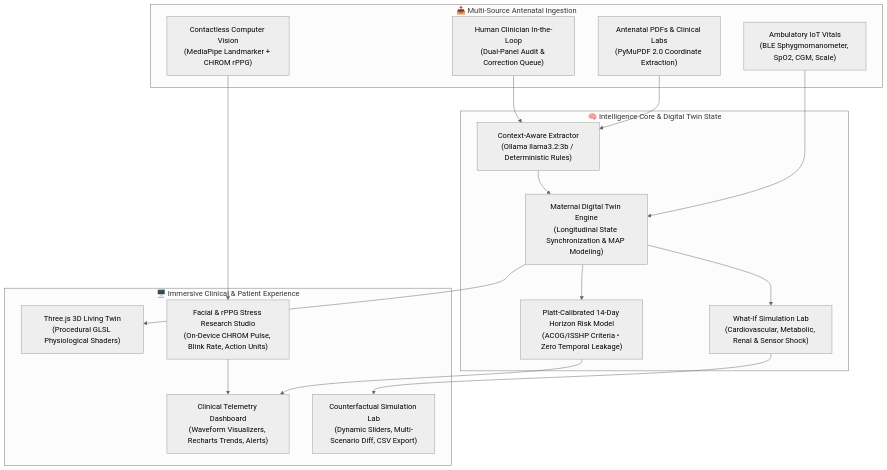
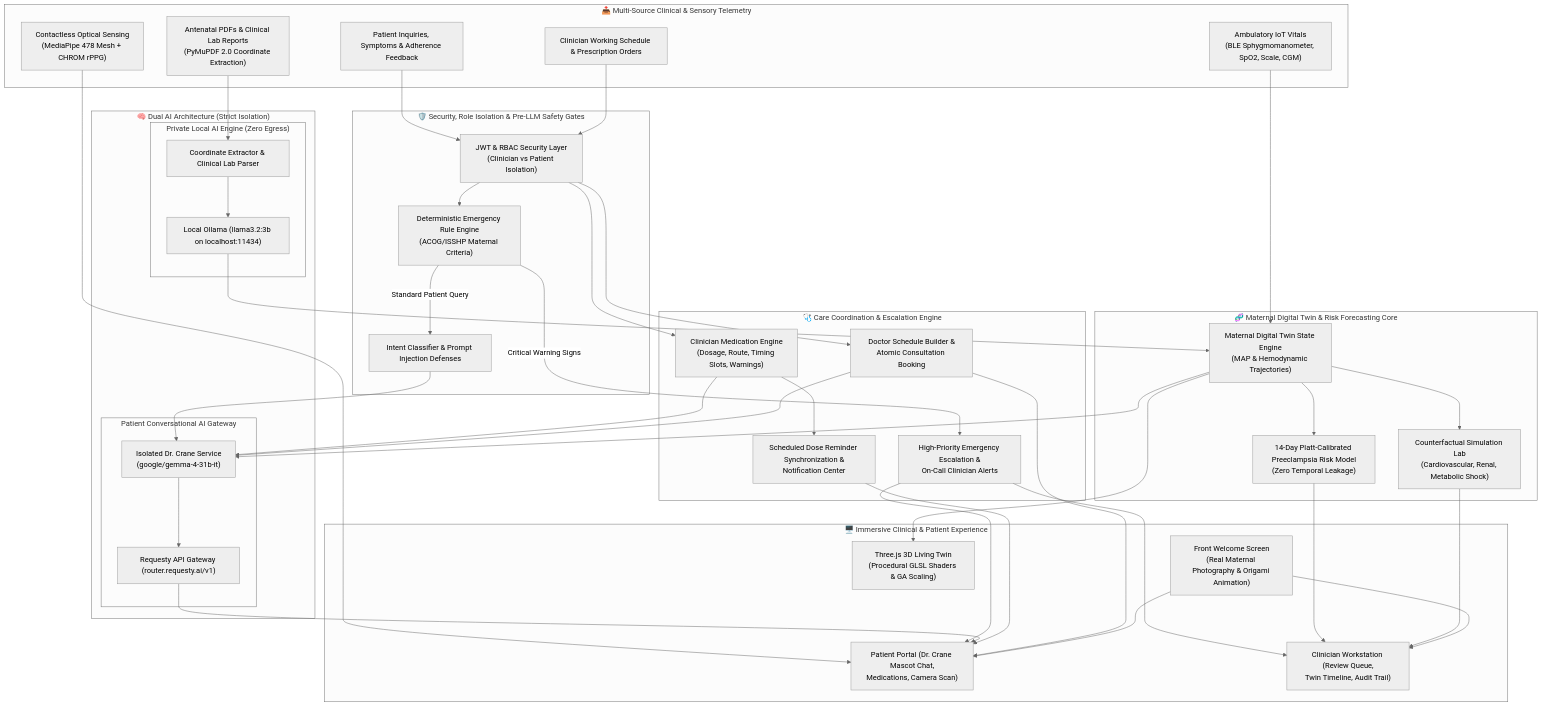
Before and after one commit to vatsalpro/health-twin: the diagram in README.md, drawn with Mermaid (neutral theme). The commit also changed other lines of this file and 2 other files, not shown here.

Commit message:
docs: update system architecture diagram and comprehensive demonstration data documentation

````diff
--- a/README.md
+++ b/README.md
@@ -46,35 +46,81 @@
 ```mermaid
 flowchart TD
-    subgraph INGESTION ["📥 Multi-Source Antenatal Ingestion"]
-        PDF["Antenatal PDFs & Clinical Labs\n(PyMuPDF 2.0 Coordinate Extraction)"]
-        IOT["Ambulatory IoT Vitals\n(BLE Sphygmomanometer, SpO2, CGM, Scale)"]
-        VISION["Contactless Computer Vision\n(MediaPipe Landmarker + CHROM rPPG)"]
-        CLIN["Human Clinician In-the-Loop\n(Dual-Panel Audit & Correction Queue)"]
+    subgraph INGESTION ["📥 Multi-Source Clinical & Sensory Telemetry"]
+        PDF["Antenatal PDFs & Clinical Lab Reports\n(PyMuPDF 2.0 Coordinate Extraction)"]
+        IOT["Ambulatory IoT Vitals\n(BLE Sphygmomanometer, SpO2, Scale, CGM)"]
+        VISION["Contactless Optical Sensing\n(MediaPipe 478 Mesh + CHROM rPPG)"]
+        PATIENT_MSG["Patient Inquiries, Symptoms & Adherence Feedback"]
+        CLIN_INPUT["Clinician Working Schedule & Prescription Orders"]
     end
 
-    subgraph ENGINE ["🧠 Intelligence Core & Digital Twin State"]
-        EXTRACT["Context-Aware Extractor\n(Ollama llama3.2:3b / Deterministic Rules)"]
-        TWIN["Maternal Digital Twin Engine\n(Longitudinal State Synchronization & MAP Modeling)"]
-        RISK["Platt-Calibrated 14-Day Horizon Risk Model\n(ACOG/ISSHP Criteria • Zero Temporal Leakage)"]
-        SIM["What-If Simulation Lab\n(Cardiovascular, Metabolic, Renal & Sensor Shock)"]
+    subgraph GATEWAY ["🛡️ Security, Role Isolation & Pre-LLM Safety Gates"]
+        RBAC["JWT & RBAC Security Layer\n(Clinician vs Patient Isolation)"]
+        EMERGENCY_GATE["Deterministic Emergency Rule Engine\n(ACOG/ISSHP Maternal Criteria)"]
+        INTENT_GATE["Intent Classifier & Prompt Injection Defenses"]
     end
 
-    subgraph PRESENTATION ["🖥️ Immersive Clinical & Patient Experience"]
-        WEBGL["Three.js 3D Living Twin\n(Procedural GLSL Physiological Shaders)"]
-        DASH["Clinical Telemetry Dashboard\n(Waveform Visualizers, Recharts Trends, Alerts)"]
-        LAB["Counterfactual Simulation Lab\n(Dynamic Sliders, Multi-Scenario Diff, CSV Export)"]
-        CAMERA["Facial & rPPG Stress Research Studio\n(On-Device CHROM Pulse, Blink Rate, Action Units)"]
+    subgraph DUAL_AI ["🧠 Dual AI Architecture (Strict Isolation)"]
+        subgraph OLLAMA_BOX ["Private Local AI Engine (Zero Egress)"]
+            OLLAMA["Local Ollama (llama3.2:3b on localhost:11434)"]
+            EXTRACTOR["Coordinate Extractor & Clinical Lab Parser"]
+        end
+        subgraph REQUESTY_BOX ["Patient Conversational AI Gateway"]
+            REQUESTY["Requesty API Gateway (router.requesty.ai/v1)"]
+            CRANE_CLIENT["Isolated Dr. Crane Service\n(google/gemma-4-31b-it)"]
+        end
     end
 
-    PDF --> EXTRACT
-    IOT --> TWIN
-    VISION --> CAMERA
-    CLIN --> EXTRACT
-    EXTRACT --> TWIN
-    TWIN --> RISK
-    TWIN --> SIM
-    TWIN --> WEBGL
-    RISK --> DASH
-    SIM --> LAB
-    CAMERA --> DASH
+    subgraph TWIN_CORE ["🧬 Maternal Digital Twin & Risk Forecasting Core"]
+        TWIN_STATE["Maternal Digital Twin State Engine\n(MAP & Hemodynamic Trajectories)"]
+        RISK_MODEL["14-Day Platt-Calibrated Preeclampsia Risk Model\n(Zero Temporal Leakage)"]
+        SIM_LAB["Counterfactual Simulation Lab\n(Cardiovascular, Renal, Metabolic Shock)"]
+    end
+
+    subgraph CLINICAL_COORDINATION ["🩺 Care Coordination & Escalation Engine"]
+        MED_ENGINE["Clinician Medication Engine\n(Dosage, Route, Timing Slots, Warnings)"]
+        SCHEDULE_ENGINE["Doctor Schedule Builder &\nAtomic Consultation Booking"]
+        ALERT_DISPATCH["High-Priority Emergency Escalation &\nOn-Call Clinician Alerts"]
+        DOSE_SYNC["Scheduled Dose Reminder Synchronization &\nNotification Center"]
+    end
+
+    subgraph EXPERIENCE ["🖥️ Immersive Clinical & Patient Experience"]
+        WELCOME["Front Welcome Screen\n(Real Maternal Photography & Origami Animation)"]
+        WEBGL["Three.js 3D Living Twin\n(Procedural GLSL Shaders & GA Scaling)"]
+        PATIENT_PORTAL["Patient Portal (Dr. Crane Mascot Chat,\nMedications, Camera Scan)"]
+        CLINICIAN_PORTAL["Clinician Workstation (Review Queue,\nTwin Timeline, Audit Trail)"]
+    end
+
+    PDF --> EXTRACTOR
+    EXTRACTOR --> OLLAMA
+    OLLAMA --> TWIN_STATE
+    IOT --> TWIN_STATE
+    VISION --> PATIENT_PORTAL
+
+    PATIENT_MSG --> RBAC
+    RBAC --> EMERGENCY_GATE
+    EMERGENCY_GATE -- "Critical Warning Signs" --> ALERT_DISPATCH
+    ALERT_DISPATCH --> CLINICIAN_PORTAL
+    ALERT_DISPATCH --> PATIENT_PORTAL
+    EMERGENCY_GATE -- "Standard Patient Query" --> INTENT_GATE
+    INTENT_GATE --> CRANE_CLIENT
+    CRANE_CLIENT --> REQUESTY
+    TWIN_STATE --> CRANE_CLIENT
+    MED_ENGINE --> CRANE_CLIENT
+    SCHEDULE_ENGINE --> CRANE_CLIENT
+    REQUESTY --> PATIENT_PORTAL
+
+    CLIN_INPUT --> RBAC
+    RBAC --> MED_ENGINE
+    RBAC --> SCHEDULE_ENGINE
+    MED_ENGINE --> DOSE_SYNC
+    DOSE_SYNC --> PATIENT_PORTAL
+    SCHEDULE_ENGINE --> PATIENT_PORTAL
+
+    TWIN_STATE --> RISK_MODEL
+    TWIN_STATE --> SIM_LAB
+    TWIN_STATE --> WEBGL
+    RISK_MODEL --> CLINICIAN_PORTAL
+    SIM_LAB --> CLINICIAN_PORTAL
+    WELCOME --> PATIENT_PORTAL
+    WELCOME --> CLINICIAN_PORTAL
 ```
````
